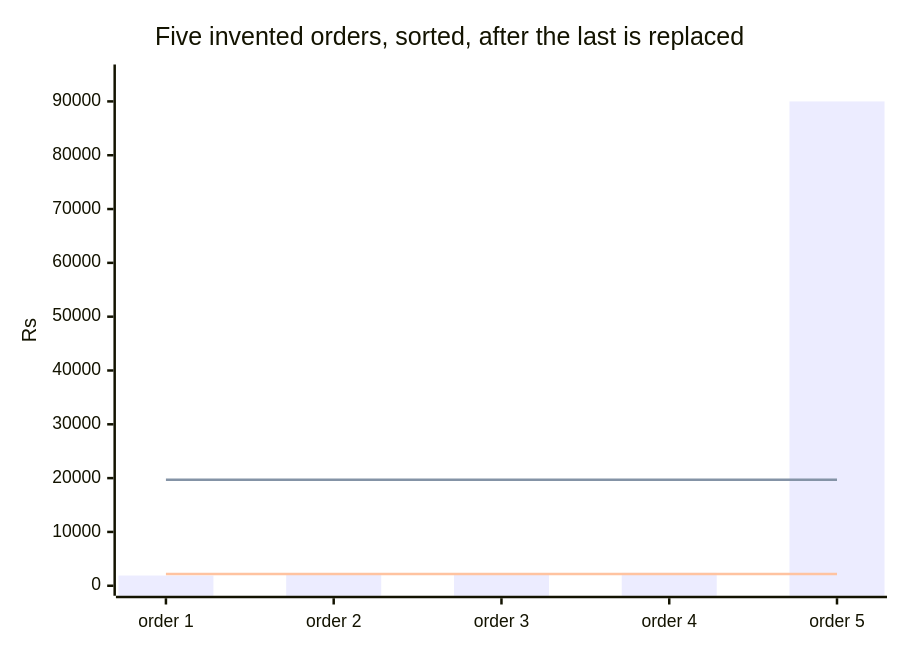
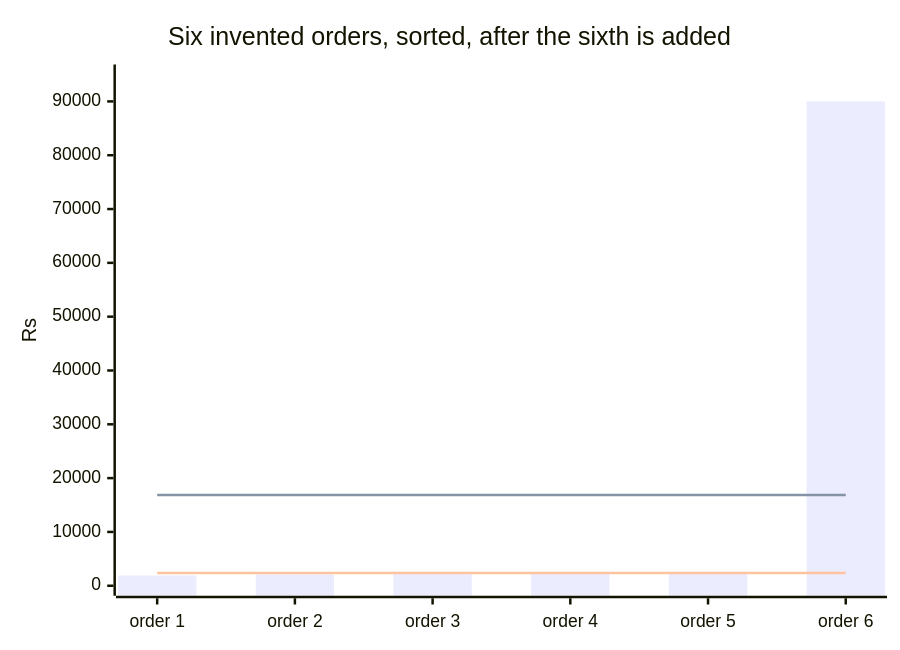
Before and after one commit to fde-academy-lab/c2-content-factory: the fourth of 7 diagrams in content/W01/D1/whiteboards/C2_W01_D01_board_work_STUDENT.md, drawn with Mermaid. The commit also changed other lines of this file and 3 other files, not shown here.

````diff
--- a/content/W01/D1/whiteboards/C2_W01_D01_board_work_STUDENT.md
+++ b/content/W01/D1/whiteboards/C2_W01_D01_board_work_STUDENT.md
@@ -78,9 +78,9 @@
 ```mermaid
 xychart-beta
-    title "Five invented orders, sorted, after the last is replaced"
-    x-axis ["order 1", "order 2", "order 3", "order 4", "order 5"]
+    title "Six invented orders, sorted, after the sixth is added"
+    x-axis ["order 1", "order 2", "order 3", "order 4", "order 5", "order 6"]
     y-axis "Rs" 0 --> 95000
-    bar [1900, 2100, 2200, 2400, 90000]
-    line [19720, 19720, 19720, 19720, 19720]
-    line [2200, 2200, 2200, 2200, 2200]
+    bar [1900, 2100, 2300, 2400, 2600, 90000]
+    line [16883, 16883, 16883, 16883, 16883, 16883]
+    line [2350, 2350, 2350, 2350, 2350, 2350]
 ```
````
